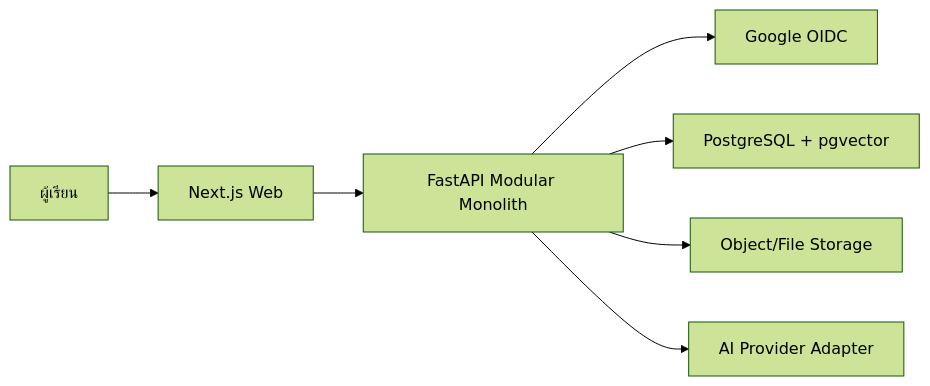
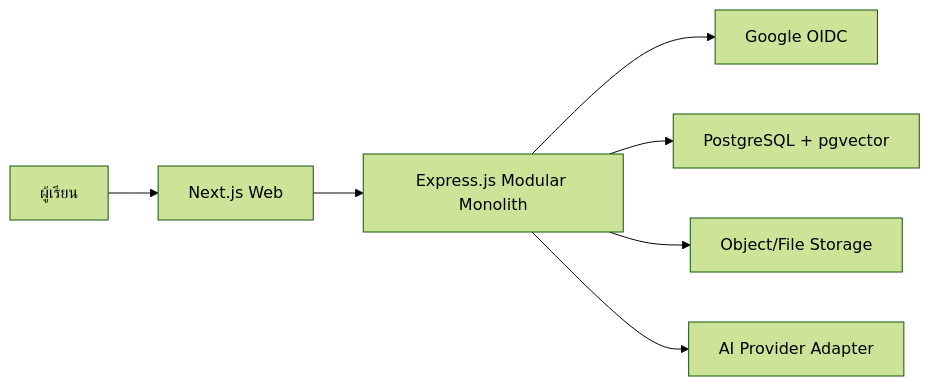
One commit to SteveJO789/LearnlyAi changed the diagram in README.md. Above: the diagram before and after it, drawn with Mermaid (forest theme). The commit also changed other lines of this file and 7 other files, not shown here.

Commit message:
docs: switch backend architecture to Express.js

````diff
--- a/README.md
+++ b/README.md
@@ -19,9 +19,9 @@
 ```mermaid
 flowchart LR
     U["ผู้เรียน"] --> W["Next.js Web"]
-    W --> A["FastAPI Modular Monolith"]
+    W --> A["Express.js Modular Monolith"]
     A --> G["Google OIDC"]
     A --> D["PostgreSQL + pgvector"]
     A --> S["Object/File Storage"]
     A --> M["AI Provider Adapter"]
 ```
````
